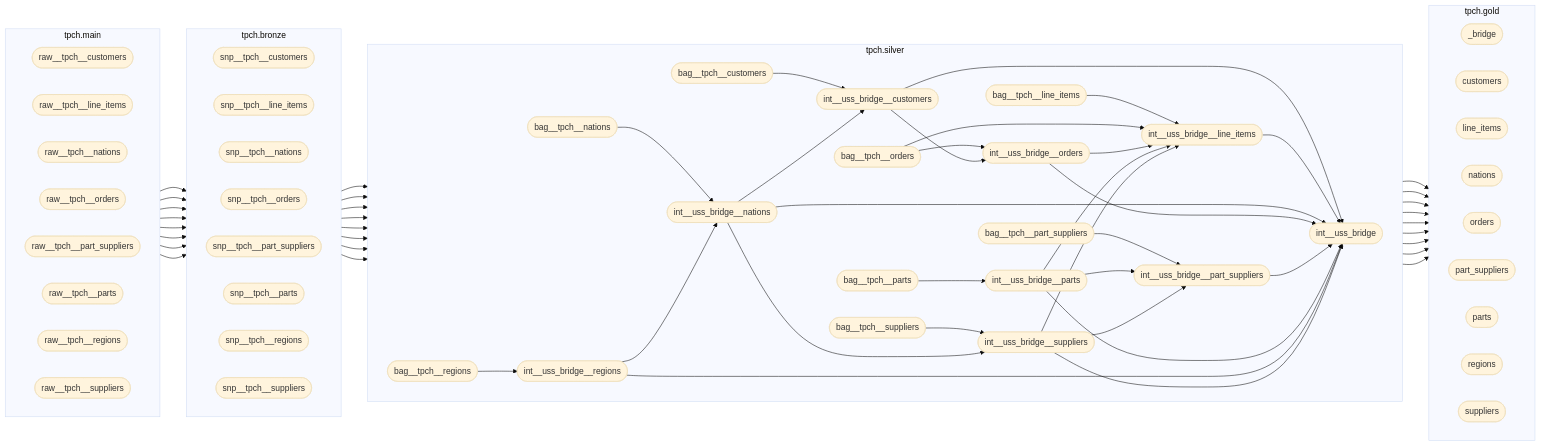
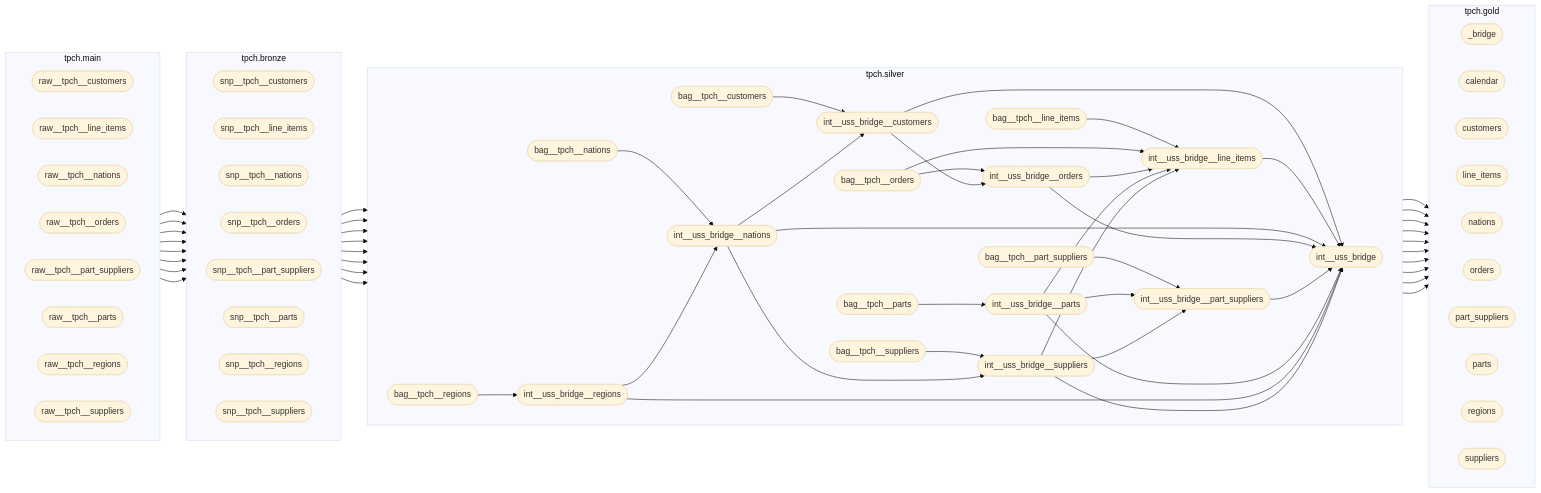
The diagram in dag.mmd (mattiasthalen/tpch), drawn with Mermaid (base theme) before and after one commit. The commit also changed 2 other files, not shown here.

Commit message:
Add calendar

```diff
--- a/dag.mmd
+++ b/dag.mmd
@@ -1,117 +1,119 @@
 flowchart LR
     subgraph tpch.bronze["tpch.bronze"]
         direction LR
         snp__tpch__customers(["snp__tpch__customers"])
         snp__tpch__line_items(["snp__tpch__line_items"])
         snp__tpch__nations(["snp__tpch__nations"])
         snp__tpch__orders(["snp__tpch__orders"])
         snp__tpch__part_suppliers(["snp__tpch__part_suppliers"])
         snp__tpch__parts(["snp__tpch__parts"])
         snp__tpch__regions(["snp__tpch__regions"])
         snp__tpch__suppliers(["snp__tpch__suppliers"])
     end
 
     subgraph tpch.silver["tpch.silver"]
         direction LR
         bag__tpch__customers(["bag__tpch__customers"])
         bag__tpch__line_items(["bag__tpch__line_items"])
         bag__tpch__nations(["bag__tpch__nations"])
         bag__tpch__orders(["bag__tpch__orders"])
         bag__tpch__part_suppliers(["bag__tpch__part_suppliers"])
         bag__tpch__parts(["bag__tpch__parts"])
         bag__tpch__regions(["bag__tpch__regions"])
         bag__tpch__suppliers(["bag__tpch__suppliers"])
         int__uss_bridge(["int__uss_bridge"])
         int__uss_bridge__customers(["int__uss_bridge__customers"])
         int__uss_bridge__line_items(["int__uss_bridge__line_items"])
         int__uss_bridge__nations(["int__uss_bridge__nations"])
         int__uss_bridge__orders(["int__uss_bridge__orders"])
         int__uss_bridge__part_suppliers(["int__uss_bridge__part_suppliers"])
         int__uss_bridge__parts(["int__uss_bridge__parts"])
         int__uss_bridge__regions(["int__uss_bridge__regions"])
         int__uss_bridge__suppliers(["int__uss_bridge__suppliers"])
     end
 
     subgraph tpch.gold["tpch.gold"]
         direction LR
         _bridge(["_bridge"])
+        calendar(["calendar"])
         customers(["customers"])
         line_items(["line_items"])
         nations(["nations"])
         orders(["orders"])
         part_suppliers(["part_suppliers"])
         parts(["parts"])
         regions(["regions"])
         suppliers(["suppliers"])
     end
 
     subgraph tpch.main["tpch.main"]
         direction LR
         raw__tpch__customers(["raw__tpch__customers"])
         raw__tpch__line_items(["raw__tpch__line_items"])
         raw__tpch__nations(["raw__tpch__nations"])
         raw__tpch__orders(["raw__tpch__orders"])
         raw__tpch__part_suppliers(["raw__tpch__part_suppliers"])
         raw__tpch__parts(["raw__tpch__parts"])
         raw__tpch__regions(["raw__tpch__regions"])
         raw__tpch__suppliers(["raw__tpch__suppliers"])
     end
 
     %% tpch.bronze -> tpch.silver
     snp__tpch__customers --> bag__tpch__customers
     snp__tpch__line_items --> bag__tpch__line_items
     snp__tpch__nations --> bag__tpch__nations
     snp__tpch__orders --> bag__tpch__orders
     snp__tpch__part_suppliers --> bag__tpch__part_suppliers
     snp__tpch__parts --> bag__tpch__parts
     snp__tpch__regions --> bag__tpch__regions
     snp__tpch__suppliers --> bag__tpch__suppliers
 
     %% tpch.silver -> tpch.silver
     bag__tpch__customers --> int__uss_bridge__customers
     bag__tpch__line_items --> int__uss_bridge__line_items
     bag__tpch__nations --> int__uss_bridge__nations
     bag__tpch__orders --> int__uss_bridge__line_items
     bag__tpch__orders --> int__uss_bridge__orders
     bag__tpch__part_suppliers --> int__uss_bridge__part_suppliers
     bag__tpch__parts --> int__uss_bridge__parts
     bag__tpch__regions --> int__uss_bridge__regions
     bag__tpch__suppliers --> int__uss_bridge__suppliers
     int__uss_bridge__customers --> int__uss_bridge
     int__uss_bridge__customers --> int__uss_bridge__orders
     int__uss_bridge__line_items --> int__uss_bridge
     int__uss_bridge__nations --> int__uss_bridge
     int__uss_bridge__nations --> int__uss_bridge__customers
     int__uss_bridge__nations --> int__uss_bridge__suppliers
     int__uss_bridge__orders --> int__uss_bridge
     int__uss_bridge__orders --> int__uss_bridge__line_items
     int__uss_bridge__part_suppliers --> int__uss_bridge
     int__uss_bridge__parts --> int__uss_bridge
     int__uss_bridge__parts --> int__uss_bridge__line_items
     int__uss_bridge__parts --> int__uss_bridge__part_suppliers
     int__uss_bridge__regions --> int__uss_bridge
     int__uss_bridge__regions --> int__uss_bridge__nations
     int__uss_bridge__suppliers --> int__uss_bridge
     int__uss_bridge__suppliers --> int__uss_bridge__line_items
     int__uss_bridge__suppliers --> int__uss_bridge__part_suppliers
 
     %% tpch.silver -> tpch.gold
     bag__tpch__customers --> customers
     bag__tpch__line_items --> line_items
     bag__tpch__nations --> nations
     bag__tpch__orders --> orders
     bag__tpch__part_suppliers --> part_suppliers
     bag__tpch__parts --> parts
     bag__tpch__regions --> regions
     bag__tpch__suppliers --> suppliers
     int__uss_bridge --> _bridge
+    int__uss_bridge --> calendar
 
     %% tpch.main -> tpch.bronze
     raw__tpch__customers --> snp__tpch__customers
     raw__tpch__line_items --> snp__tpch__line_items
     raw__tpch__nations --> snp__tpch__nations
     raw__tpch__orders --> snp__tpch__orders
     raw__tpch__part_suppliers --> snp__tpch__part_suppliers
     raw__tpch__parts --> snp__tpch__parts
     raw__tpch__regions --> snp__tpch__regions
     raw__tpch__suppliers --> snp__tpch__suppliers
```
